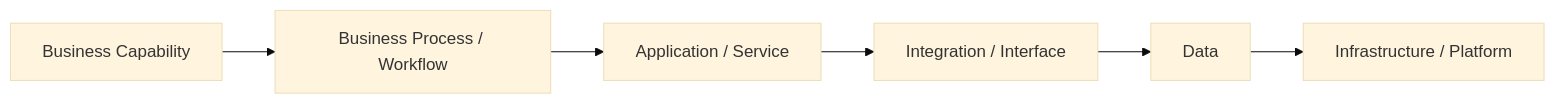
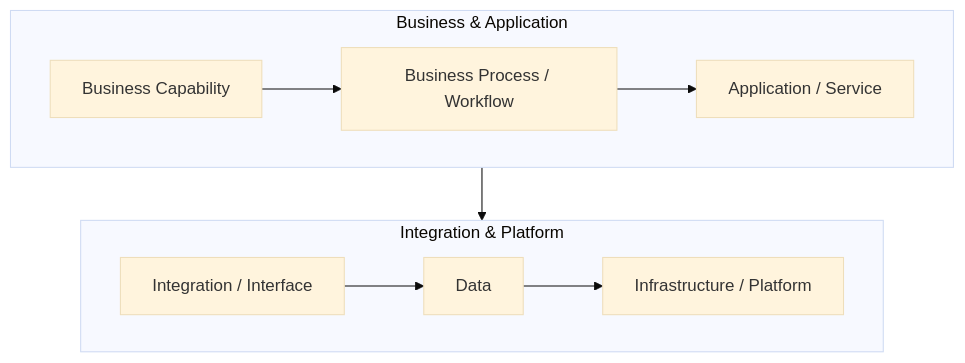
Before and after one commit to avfranco-br/portfolio: diagram 13 of 24 in docs/sop/methods/architecture-assessment-and-roadmap.md, drawn with Mermaid (base theme). The commit also changed other lines of this file and 10 other files, not shown here.

Commit message:
Refactor Mermaid diagrams across SOP and methods documentation for legibility

````diff
--- a/docs/sop/methods/architecture-assessment-and-roadmap.md
+++ b/docs/sop/methods/architecture-assessment-and-roadmap.md
@@ -1149,10 +1210,16 @@
 ```mermaid
-flowchart LR
-    A["Business Capability"]
-    B["Business Process / Workflow"]
-    C["Application / Service"]
-    D["Integration / Interface"]
-    E["Data"]
-    F["Infrastructure / Platform"]
-    A --> B --> C --> D --> E --> F
+flowchart TD
+    subgraph Tier1["Business & Application"]
+        direction LR
+        A["Business Capability"] --> B["Business Process / Workflow"]
+        B --> C["Application / Service"]
+    end
+
+    subgraph Tier2["Integration & Platform"]
+        direction LR
+        D["Integration / Interface"] --> E["Data"]
+        E --> F["Infrastructure / Platform"]
+    end
+
+    C --> D
 ```
````
